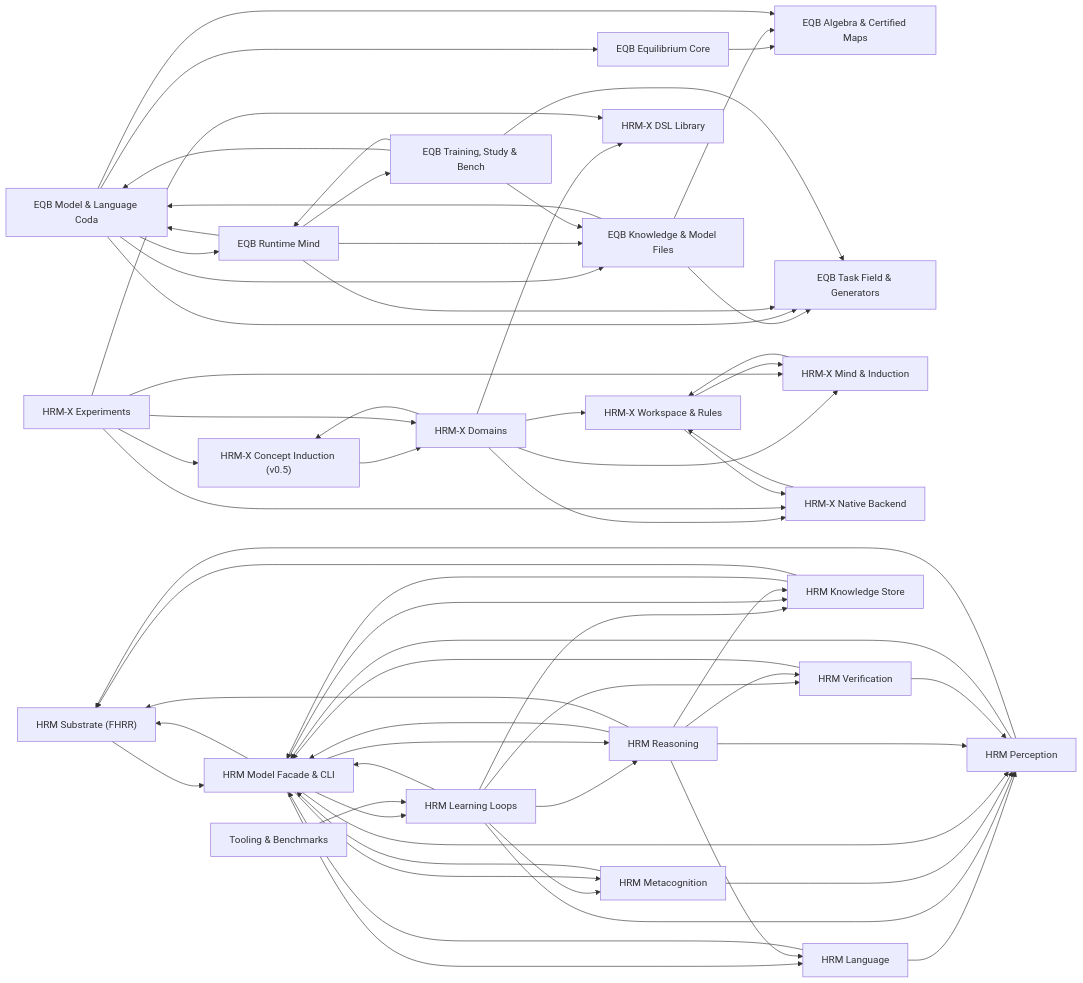
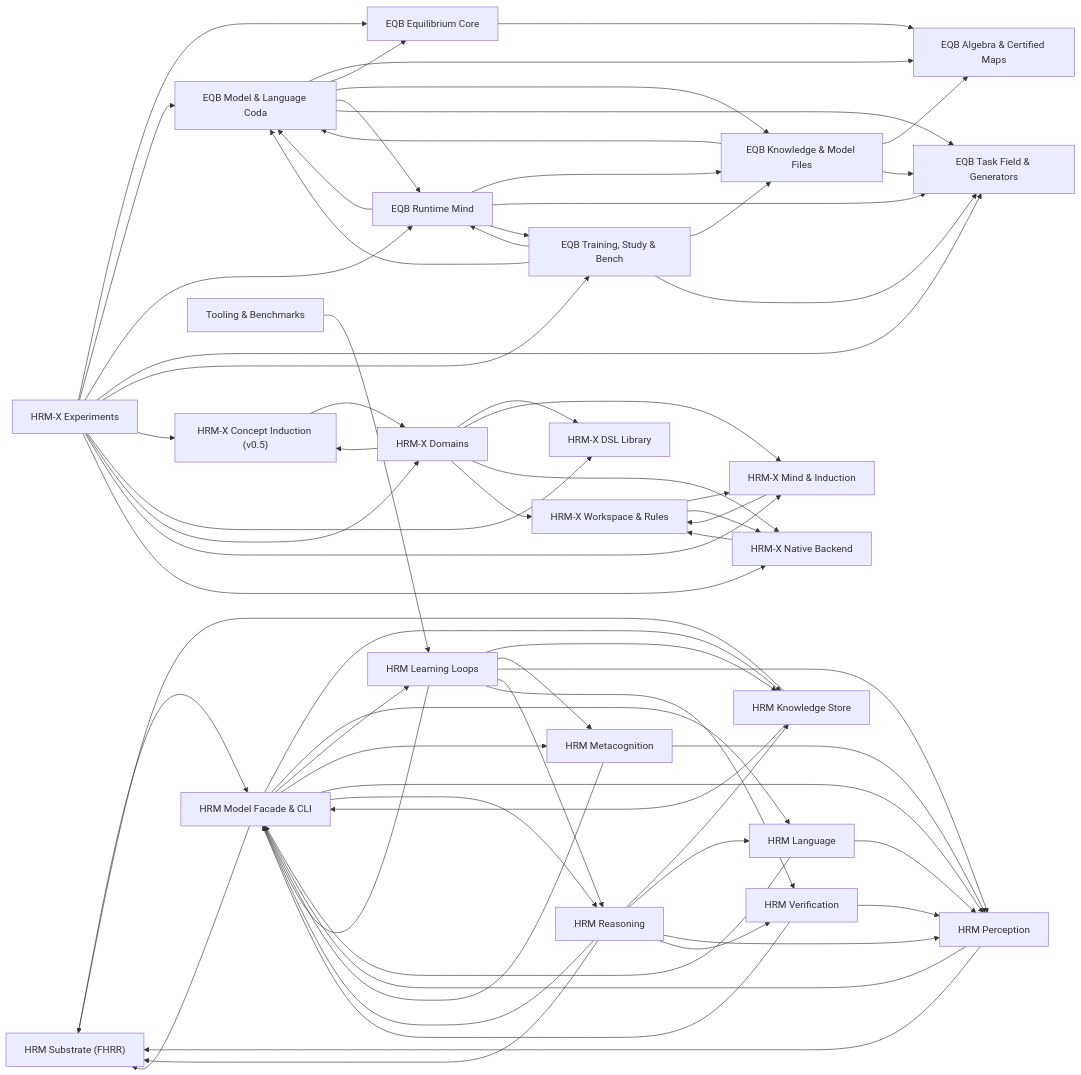
One commit to QuangNguyenPT/Demo-Equilibrium changed the diagram in vault/09 - Code Map/00 - Code Subsystems.md. Above: the diagram before and after it, drawn with Mermaid. The commit also changed other lines of this file and 38 other files, not shown here.

```diff
--- a/vault/09 - Code Map/00 - Code Subsystems.md
+++ b/vault/09 - Code Map/00 - Code Subsystems.md
@@ -129,6 +129,11 @@
   S11 --> S8
   S11 --> S12
   S11 --> S7
+  S13 --> S1
+  S13 --> S2
+  S13 --> S5
+  S13 --> S3
+  S13 --> S6
   S13 --> S10
   S13 --> S9
   S13 --> S11
```
